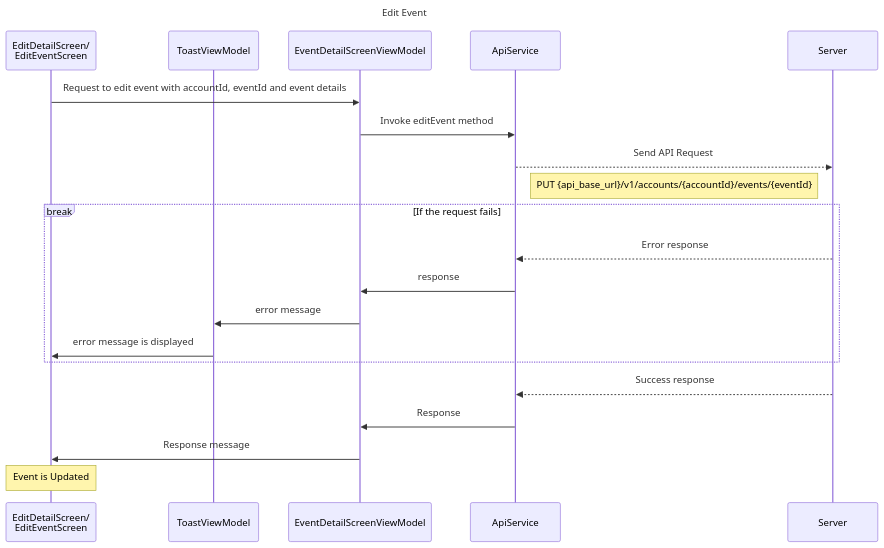
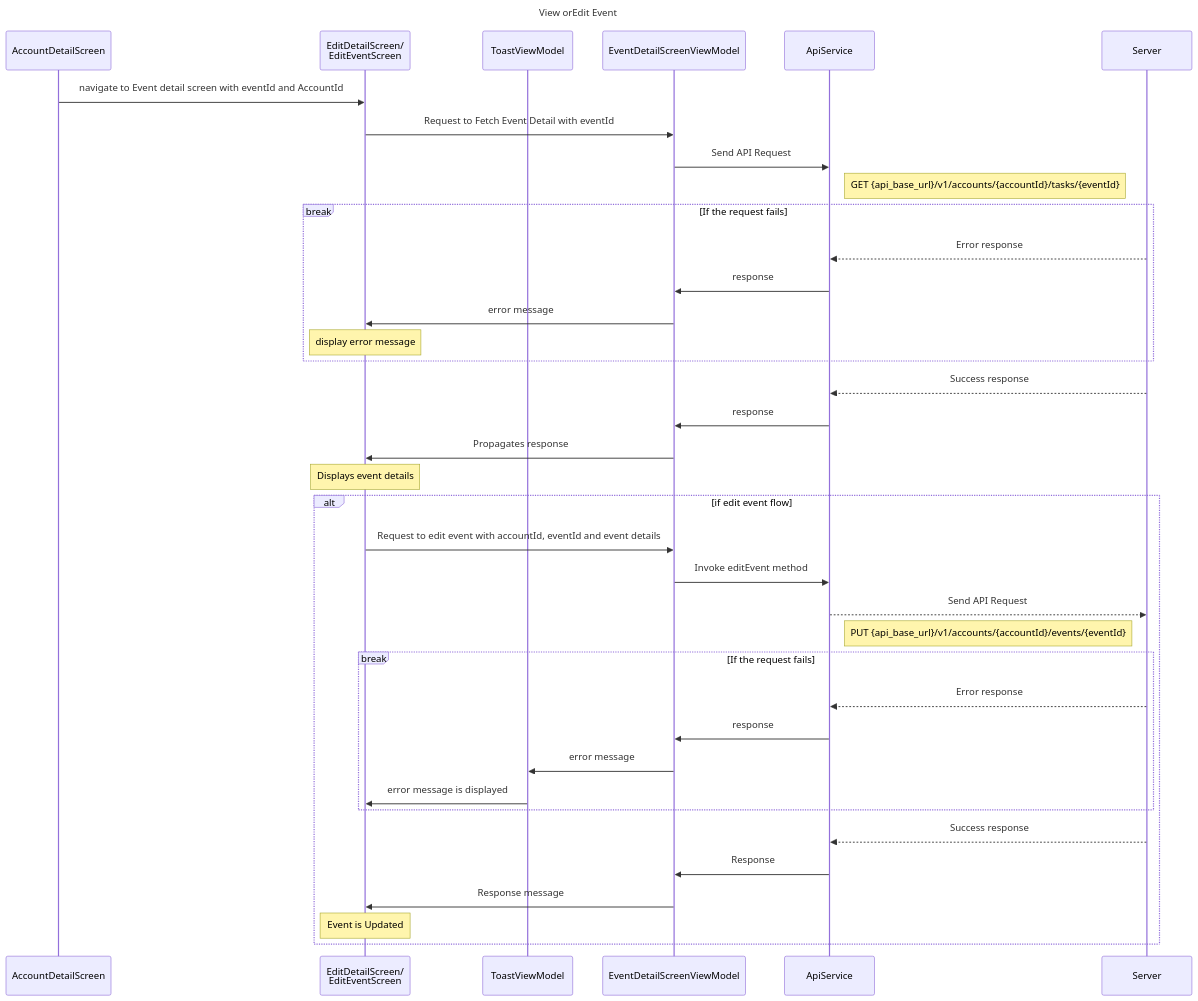
One commit to TrueSparrowSystems/AI-SalesSparrow-Docs changed the diagram in flowDiagrams/IOS/EventDetailScreen.mermaid. Above: the diagram before and after it, drawn with Mermaid. The commit also changed 3 other files, not shown here.

Commit message:
Updated Account detail screen flow

```diff
--- a/flowDiagrams/IOS/EventDetailScreen.mermaid
+++ b/flowDiagrams/IOS/EventDetailScreen.mermaid
@@ -1,25 +1,46 @@
 sequenceDiagram
-    title Edit Event
+    title View orEdit Event
 
+    participant ADS as AccountDetailScreen
     participant EDS as EditDetailScreen/<br>EditEventScreen
     participant TVM as ToastViewModel
     participant EDSVM as EventDetailScreenViewModel
     participant AS as ApiService
     participant S as Server
 
-    EDS->>EDSVM: Request to edit event with accountId, eventId and event details
-    EDSVM->>AS: Invoke editEvent method
-    AS-->>S: Send API Request
-    note right of AS: PUT {api_base_url}/v1/accounts/{accountId}/events/{eventId}
+
+    ADS ->> EDS: navigate to Event detail screen with eventId and AccountId
+    EDS ->> EDSVM: Request to Fetch Event Detail with eventId
+    EDSVM ->> AS: Send API Request
+    note right of AS: GET {api_base_url}/v1/accounts/{accountId}/tasks/{eventId}
 
     break If the request fails
         S-->>AS: Error response
         AS->>EDSVM: response
-        EDSVM->>TVM: error message
-        TVM->>EDS: error message is displayed
+        EDSVM->>EDS: error message
+        note over EDS: display error message
     end
 
     S-->>AS: Success response
-    AS->>EDSVM: Response
-    EDSVM->>EDS: Response message
-    note over EDS: Event is Updated
+    AS->>EDSVM: response
+    EDSVM->>EDS: Propagates response
+    note over EDS: Displays event details
+    
+    alt if edit event flow
+        EDS->>EDSVM: Request to edit event with accountId, eventId and event details
+        EDSVM->>AS: Invoke editEvent method
+        AS-->>S: Send API Request
+        note right of AS: PUT {api_base_url}/v1/accounts/{accountId}/events/{eventId}
+
+        break If the request fails
+            S-->>AS: Error response
+            AS->>EDSVM: response
+            EDSVM->>TVM: error message
+            TVM->>EDS: error message is displayed
+        end
+
+        S-->>AS: Success response
+        AS->>EDSVM: Response
+        EDSVM->>EDS: Response message
+        note over EDS: Event is Updated
+    end
```
